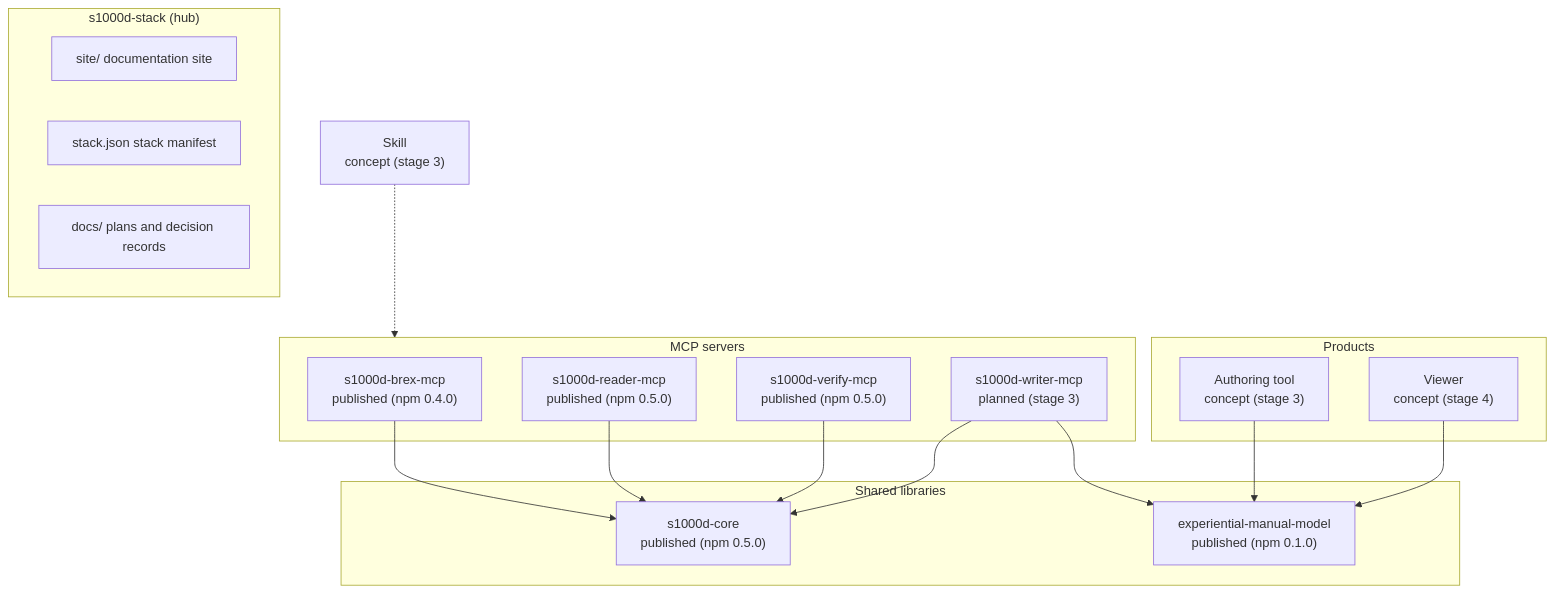
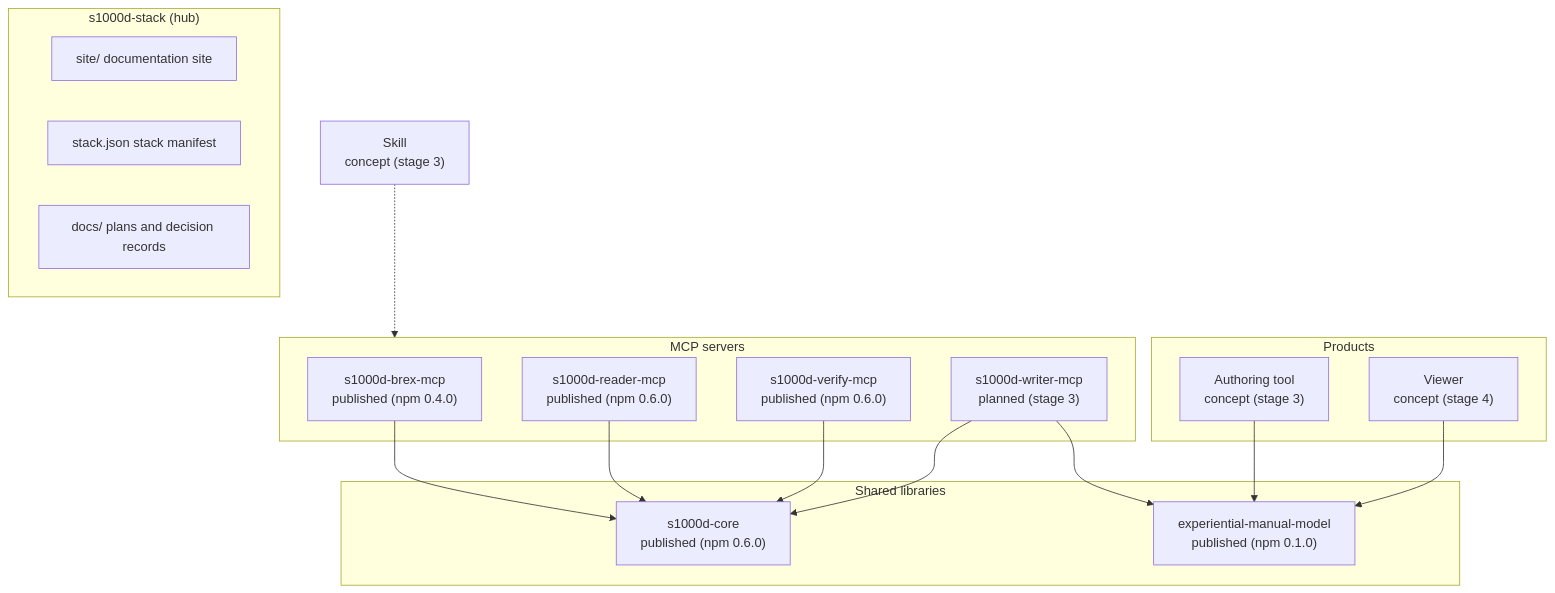
One commit to shuji-bonji/s1000d-stack changed the diagram in site/src/content/docs/guide/architecture.md. Above: the diagram before and after it, drawn with Mermaid. The commit also changed other lines of this file and 3 other files, not shown here.

First line of the commit message:
docs: verify-mcp / reader-mcp 0.6.0 の公開に合わせて版の表記と引き継ぎメモを揃える

````diff
--- a/site/src/content/docs/guide/architecture.md
+++ b/site/src/content/docs/guide/architecture.md
@@ -10,31 +10,31 @@
 ```mermaid
 flowchart TB
   subgraph Hub["s1000d-stack (hub)"]
     SITE["site/ documentation site"]
     STACK["stack.json stack manifest"]
     DOCS["docs/ plans and decision records"]
   end
   subgraph Lib["Shared libraries"]
-    CORE["s1000d-core<br/>published (npm 0.5.0)"]
+    CORE["s1000d-core<br/>published (npm 0.6.0)"]
     MODEL["experiential-manual-model<br/>published (npm 0.1.0)"]
   end
   subgraph Mcp["MCP servers"]
     BREX["s1000d-brex-mcp<br/>published (npm 0.4.0)"]
-    R["s1000d-reader-mcp<br/>published (npm 0.5.0)"]
-    V["s1000d-verify-mcp<br/>published (npm 0.5.0)"]
+    R["s1000d-reader-mcp<br/>published (npm 0.6.0)"]
+    V["s1000d-verify-mcp<br/>published (npm 0.6.0)"]
     W["s1000d-writer-mcp<br/>planned (stage 3)"]
   end
   subgraph App["Products"]
     ED["Authoring tool<br/>concept (stage 3)"]
     VW["Viewer<br/>concept (stage 4)"]
   end
   SK["Skill<br/>concept (stage 3)"]
   BREX --> CORE
   R --> CORE
   V --> CORE
   W --> CORE
   W --> MODEL
   ED --> MODEL
   VW --> MODEL
   SK -.-> Mcp
 ```
````
